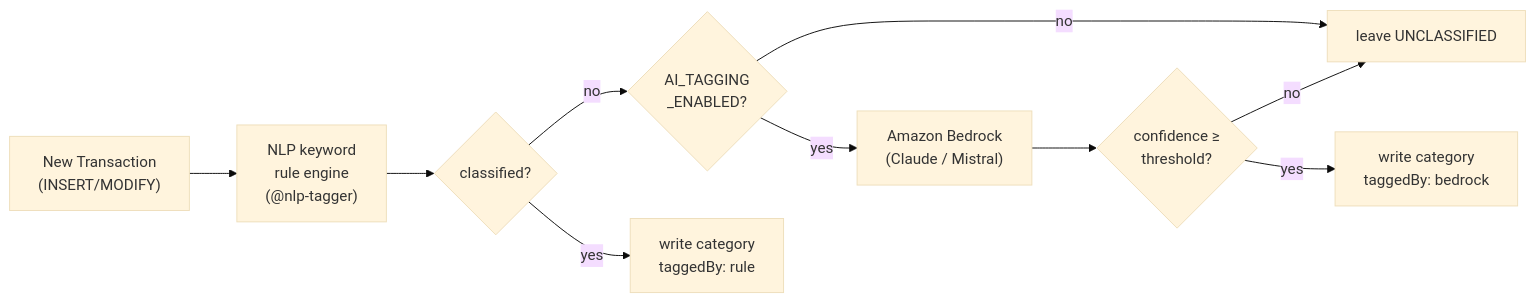
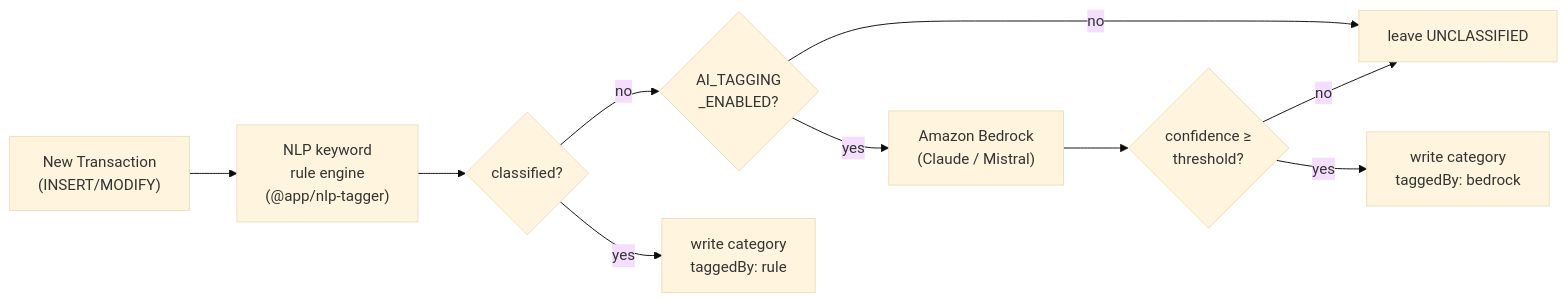
The seventh of 7 diagrams in docs/ARCHITECTURE.md (debrajpaul/full-budget-app), drawn with Mermaid (base theme) before and after one commit. The commit also changed other lines of this file and 186 other files, not shown here.

````diff
--- a/docs/ARCHITECTURE.md
+++ b/docs/ARCHITECTURE.md
@@ -421,22 +421,22 @@
 ```mermaid
 flowchart LR
     TX["New Transaction\n(INSERT/MODIFY)"]
-    RULES["NLP keyword\nrule engine\n(@nlp-tagger)"]
+    RULES["NLP keyword\nrule engine\n(@app/nlp-tagger)"]
     CHECK{"classified?"}
     FLAG{"AI_TAGGING\n_ENABLED?"}
     BEDROCK["Amazon Bedrock\n(Claude / Mistral)"]
     CONF{"confidence ≥\nthreshold?"}
     WRITE_RULE["write category\ntaggedBy: rule"]
     WRITE_AI["write category\ntaggedBy: bedrock"]
     UNCLASS["leave UNCLASSIFIED"]
 
     TX --> RULES
     RULES --> CHECK
     CHECK -->|yes| WRITE_RULE
     CHECK -->|no| FLAG
     FLAG -->|no| UNCLASS
     FLAG -->|yes| BEDROCK
     BEDROCK --> CONF
     CONF -->|yes| WRITE_AI
     CONF -->|no| UNCLASS
 ```
````
